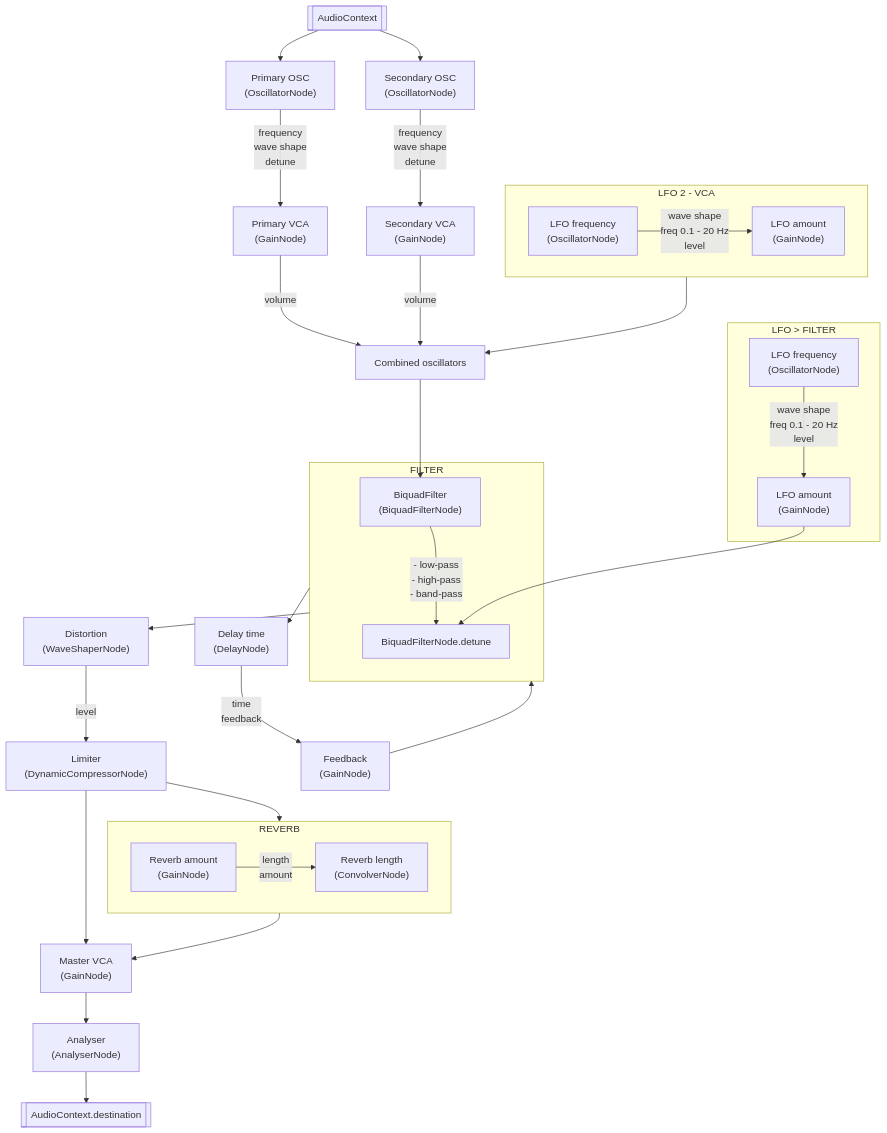
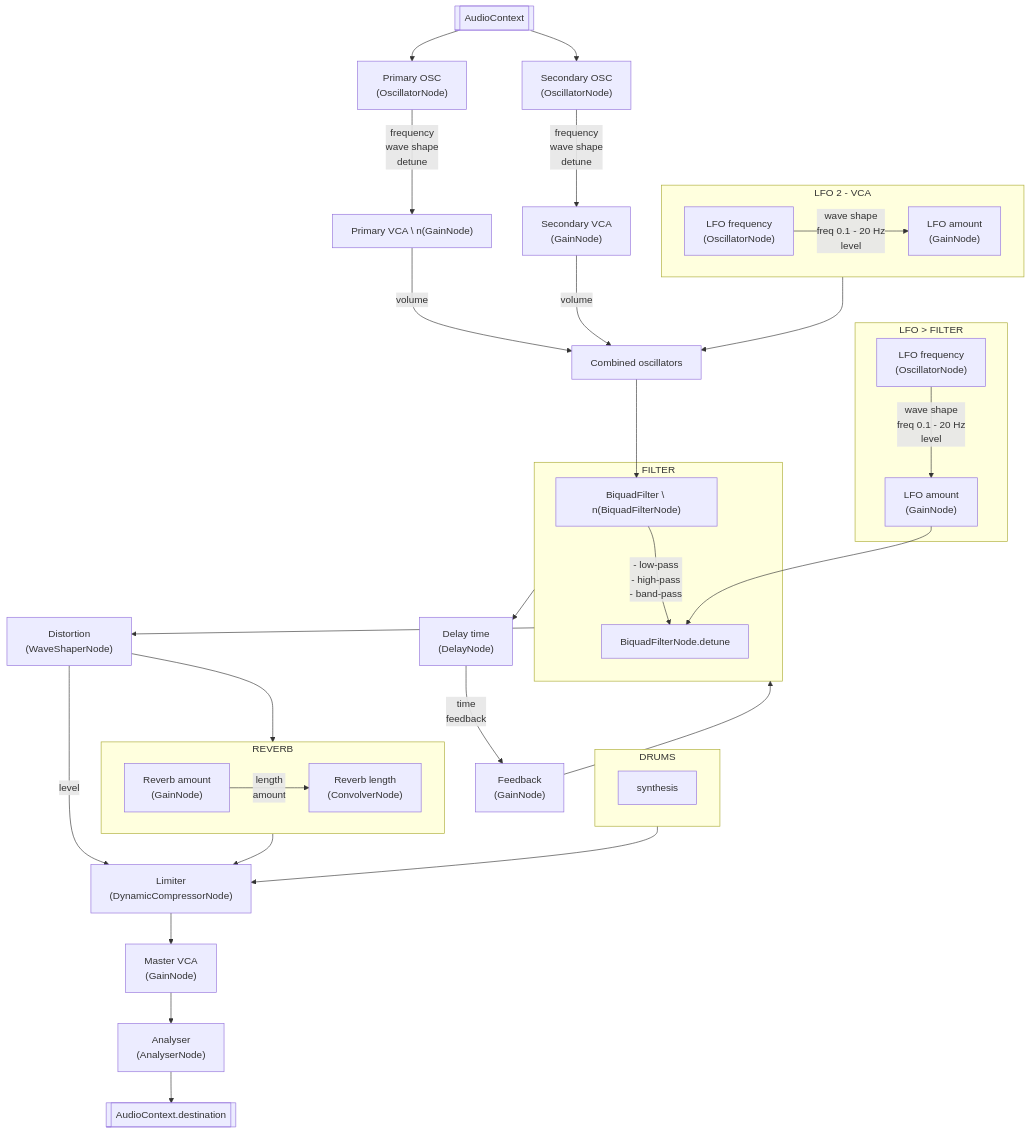
One commit to straburzynski/SynthJS changed the diagram in README.md. Above: the diagram before and after it, drawn with Mermaid. The commit also changed other lines of this file and 2 other files, not shown here.

Commit message:
Mermaid diagram updated, nodes order changed.

````diff
--- a/README.md
+++ b/README.md
@@ -1,38 +43,41 @@
 ```mermaid
 flowchart TD
     AUDIO_CTX[[AudioContext]]
         AUDIO_CTX --> OSC_1
         AUDIO_CTX --> OSC_2
 
-    OSC_1["Primary OSC\n(OscillatorNode)"] -- "frequency \n wave shape \n detune" --> 
-        VCA_1["Primary VCA\n(GainNode)"] -- "volume" --> ALL_OSC
-    OSC_2["Secondary OSC\n(OscillatorNode)"] -- "frequency \n wave shape \n detune"--> 
-        VCA_2["Secondary VCA\n(GainNode)"] -- "volume" --> ALL_OSC
+    OSC_1["Primary OSC \n (OscillatorNode)"] -- "frequency \n wave shape \n detune" --> VCA_1["Primary VCA \ n(GainNode)"] -- "volume" --> ALL_OSC
+    OSC_2["Secondary OSC \n (OscillatorNode)"] -- "frequency \n wave shape \n detune"--> VCA_2["Secondary VCA \n (GainNode)"] -- "volume" --> ALL_OSC
     
     ALL_OSC["Combined oscillators"] --> BIQUAD_FILTER
    
     subgraph FILTER
-      BIQUAD_FILTER["BiquadFilter\n(BiquadFilterNode)"] -- "- low-pass\n- high-pass\n- band-pass" --> DETUNE["BiquadFilterNode.detune"]
+      BIQUAD_FILTER["BiquadFilter \ n(BiquadFilterNode)"] -- "- low-pass\n- high-pass\n- band-pass" --> DETUNE["BiquadFilterNode.detune"]
     end
 
     subgraph LFO__1["LFO > FILTER"]
-        LFO_1["LFO frequency\n(OscillatorNode)"] -- "wave shape \n freq 0.1 - 20 Hz \n level" --> LFO_1_GAIN["LFO amount\n(GainNode)"] --> DETUNE
+        LFO_1["LFO frequency \n (OscillatorNode)"] -- "wave shape \n freq 0.1 - 20 Hz \n level" --> LFO_1_GAIN["LFO amount \n (GainNode)"] --> DETUNE
     end
 
     subgraph LFO__2["LFO 2 - VCA"]
-        LFO_2["LFO frequency\n(OscillatorNode)"] -- "wave shape \n freq 0.1 - 20 Hz \n level" --> LFO_2_GAIN["LFO amount\n(GainNode)"]
+        LFO_2["LFO frequency \n (OscillatorNode)"] -- "wave shape \n freq 0.1 - 20 Hz \n level" --> LFO_2_GAIN["LFO amount \n (GainNode)"]
     end LFO__2 --> ALL_OSC
     
-    FILTER --> DISTORTION["Distortion \n (WaveShaperNode)"] -- "level" --> LIMITER["Limiter \n (DynamicCompressorNode)"]
-    FILTER --> DELAY["Delay time \n (DelayNode)"] -- "time \n feedback" --> DELAY_FEEDBACK["Feedback\n(GainNode)"] --> FILTER
-    LIMITER --> MASTER_VCA["Master VCA\n(GainNode)"]
-    LIMITER --> REVERB
+    FILTER --> 
+        DISTORTION["Distortion \n (WaveShaperNode)"] --> REVERB --> LIMITER["Limiter \n (DynamicCompressorNode)"]
+        DISTORTION  -- "level" --> LIMITER
+    FILTER --> DELAY["Delay time \n (DelayNode)"] -- "time \n feedback" --> DELAY_FEEDBACK["Feedback \n (GainNode)"] --> FILTER
+    LIMITER --> MASTER_VCA["Master VCA \n (GainNode)"]
    
     subgraph REVERB
-        REVERB_GAIN["Reverb amount\n(GainNode)"] -- "length \n amount" --> REVERB_CONVOLVER["Reverb length\n(ConvolverNode)"]
-    end    
-    
-    REVERB --> MASTER_VCA
-    MASTER_VCA --> ANALYSER["Analyser\n(AnalyserNode)"]
+        REVERB_GAIN["Reverb amount \n (GainNode)"] -- "length \n amount" --> REVERB_CONVOLVER["Reverb length \n (ConvolverNode)"]
+    end
+
+    subgraph DRUMS["DRUMS"]
+        DRUM_SYNTH["synthesis"]
+    end
+
+    DRUMS --> LIMITER
+    MASTER_VCA --> ANALYSER["Analyser \n (AnalyserNode)"]
     ANALYSER --> CTX_DESTINATION[[AudioContext.destination]]
 ```
````
